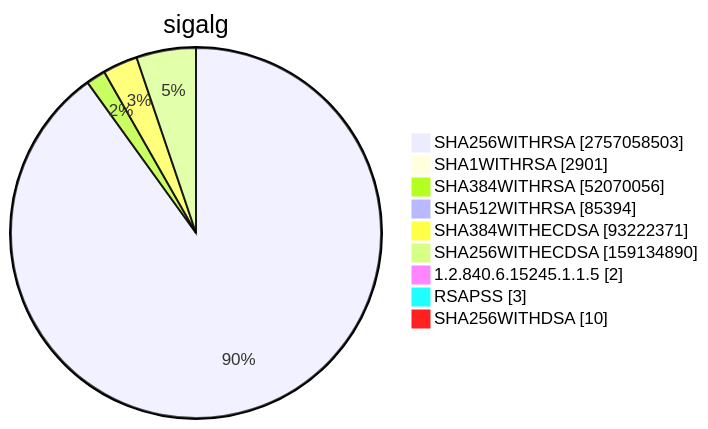
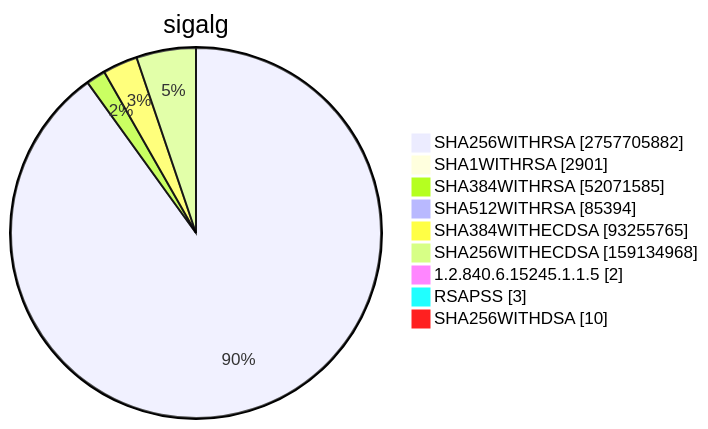
One commit to christiankrug/ctmonitor_visualization changed diagram 15 of 15 in TOTAL/README.md. Above: the diagram before and after it, drawn with Mermaid. The commit also changed other lines of this file, not shown here.

````diff
--- a/TOTAL/README.md
+++ b/TOTAL/README.md
@@ -6205,13 +6205,13 @@
 ```mermaid
 pie showData
 title sigalg
-"SHA256WITHRSA" :2757058503
+"SHA256WITHRSA" :2757705882
 "SHA1WITHRSA" :2901
-"SHA384WITHRSA" :52070056
+"SHA384WITHRSA" :52071585
 "SHA512WITHRSA" :85394
-"SHA384WITHECDSA" :93222371
-"SHA256WITHECDSA" :159134890
+"SHA384WITHECDSA" :93255765
+"SHA256WITHECDSA" :159134968
 "1.2.840.6.15245.1.1.5" :2
 "RSAPSS" :3
 "SHA256WITHDSA" :10
 ```
````
